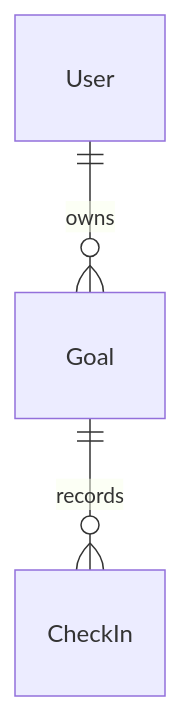
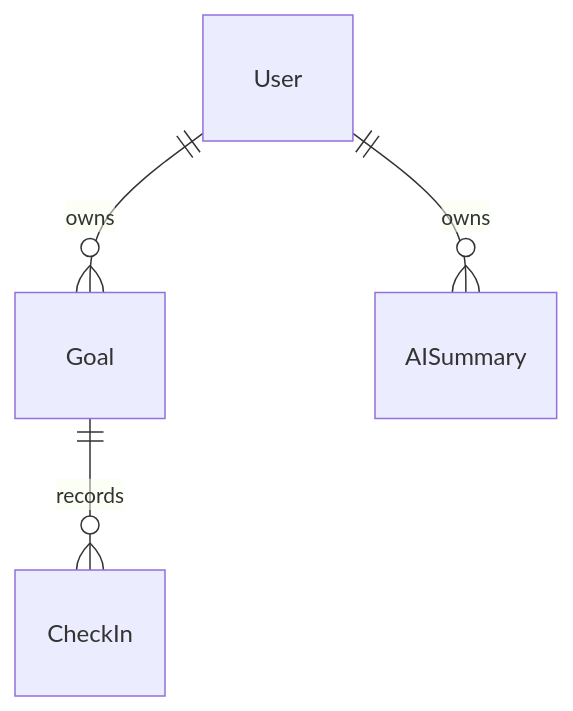
One commit to CarlosAM03/neuro-connect changed the diagram in docs/architecture/DATA_MODEL.md. Above: the diagram before and after it, drawn with Mermaid. The commit also changed other lines of this file and 9 other files, not shown here.

````diff
--- a/docs/architecture/DATA_MODEL.md
+++ b/docs/architecture/DATA_MODEL.md
@@ -3,5 +3,6 @@
 ```mermaid
 erDiagram
   User ||--o{ Goal : owns
   Goal ||--o{ CheckIn : records
+  User ||--o{ AISummary : owns
 ```
````
